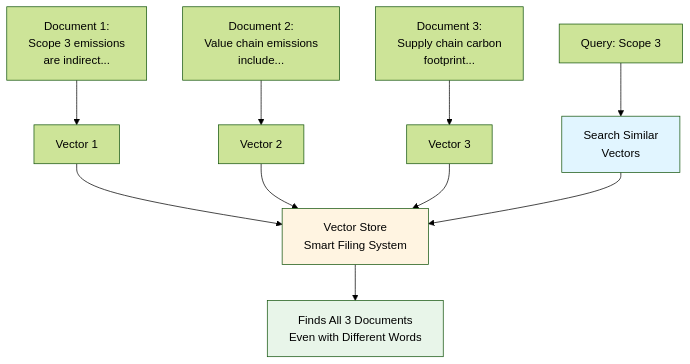
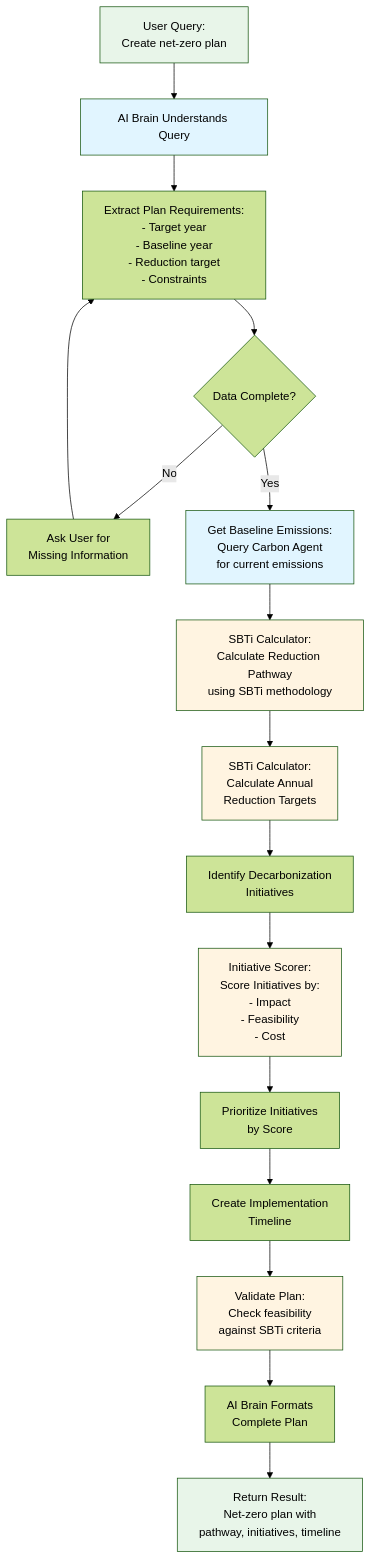
One commit to VaibhavYadavAntino/Fitsol changed the fourth of 6 diagrams in AGENTS.md. Above: the diagram before and after it, drawn with Mermaid (forest theme). The commit also changed other lines of this file, not shown here.

````diff
--- a/AGENTS.md
+++ b/AGENTS.md
@@ -331,18 +247,36 @@
 ```mermaid
-graph TB
-    DOC1[Document 1:<br/>Scope 3 emissions<br/>are indirect...] --> VECTOR1[Vector 1]
-    DOC2[Document 2:<br/>Value chain emissions<br/>include...] --> VECTOR2[Vector 2]
-    DOC3[Document 3:<br/>Supply chain carbon<br/>footprint...] --> VECTOR3[Vector 3]
+flowchart TD
+    START[User Query:<br/>Create net-zero plan] --> UNDERSTAND[AI Brain Understands Query]
+    UNDERSTAND --> EXTRACT[Extract Plan Requirements:<br/>- Target year<br/>- Baseline year<br/>- Reduction target<br/>- Constraints]
     
-    VECTOR1 --> STORE[Vector Store<br/>Smart Filing System]
-    VECTOR2 --> STORE
-    VECTOR3 --> STORE
+    EXTRACT --> VALIDATE{Data Complete?}
+    VALIDATE -->|No| CLARIFY[Ask User for<br/>Missing Information]
+    CLARIFY --> EXTRACT
     
-    QUERY[Query: Scope 3] --> SEARCH[Search Similar<br/>Vectors]
-    SEARCH --> STORE
-    STORE --> RESULTS[Finds All 3 Documents<br/>Even with Different Words]
+    VALIDATE -->|Yes| GET_BASELINE[Get Baseline Emissions:<br/>Query Carbon Agent<br/>for current emissions]
     
-    style STORE fill:#fff4e1
-    style SEARCH fill:#e1f5ff
-    style RESULTS fill:#e8f5e9
+    GET_BASELINE --> CALC_PATHWAY[SBTi Calculator:<br/>Calculate Reduction Pathway<br/>using SBTi methodology]
+    
+    CALC_PATHWAY --> ANNUAL_TARGETS[SBTi Calculator:<br/>Calculate Annual<br/>Reduction Targets]
+    
+    ANNUAL_TARGETS --> IDENTIFY_INIT[Identify Decarbonization<br/>Initiatives]
+    
+    IDENTIFY_INIT --> SCORE_INIT[Initiative Scorer:<br/>Score Initiatives by:<br/>- Impact<br/>- Feasibility<br/>- Cost]
+    
+    SCORE_INIT --> PRIORITIZE[Prioritize Initiatives<br/>by Score]
+    PRIORITIZE --> CREATE_TIMELINE[Create Implementation<br/>Timeline]
+    
+    CREATE_TIMELINE --> VALIDATE_PLAN[Validate Plan:<br/>Check feasibility<br/>against SBTi criteria]
+    
+    VALIDATE_PLAN --> FORMAT[AI Brain Formats<br/>Complete Plan]
+    FORMAT --> RESULT[Return Result:<br/>Net-zero plan with<br/>pathway, initiatives, timeline]
+    
+    style START fill:#e8f5e9
+    style UNDERSTAND fill:#e1f5ff
+    style GET_BASELINE fill:#e1f5ff
+    style CALC_PATHWAY fill:#fff4e1
+    style ANNUAL_TARGETS fill:#fff4e1
+    style SCORE_INIT fill:#fff4e1
+    style VALIDATE_PLAN fill:#fff4e1
+    style RESULT fill:#e8f5e9
 ```
````
